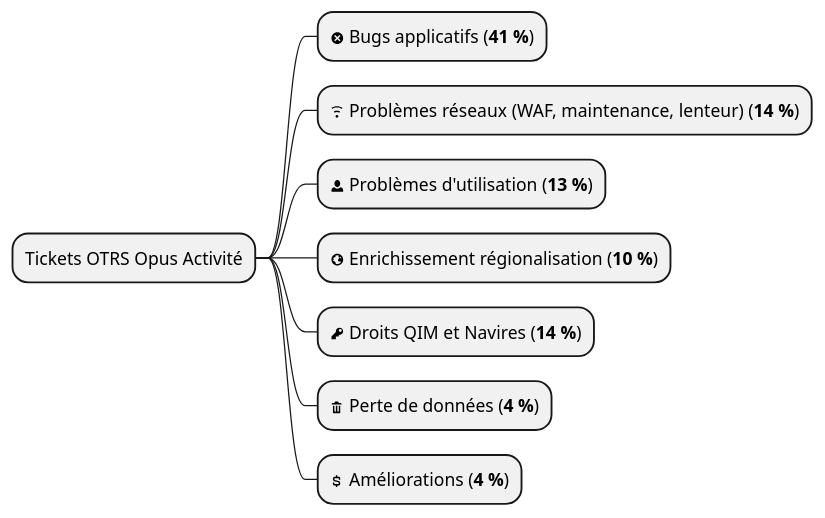
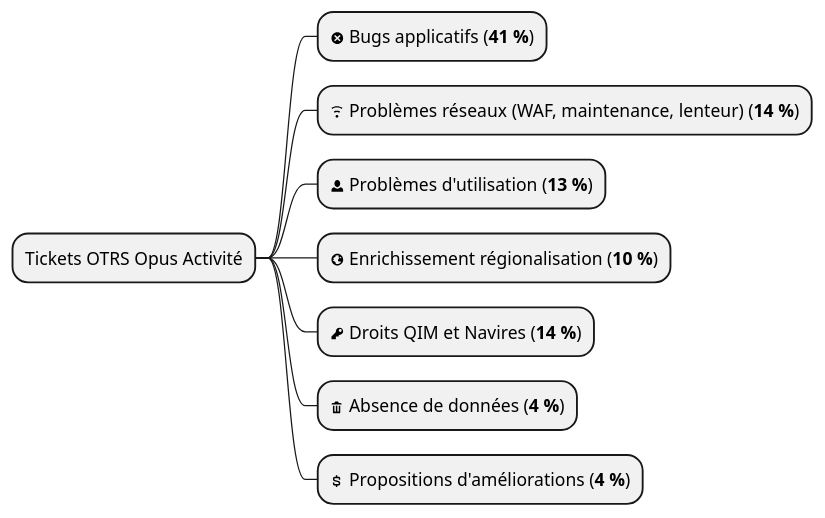
The diagram in projects/activity-calendar/not/images/otrs-tickets-repartition.puml (sumaris-net/sumaris-doc), drawn with PlantUML before and after one commit. The commit also changed 3 other files, not shown here.

```diff
--- a/projects/activity-calendar/not/images/otrs-tickets-repartition.puml
+++ b/projects/activity-calendar/not/images/otrs-tickets-repartition.puml
@@ -1,10 +1,10 @@
 @startmindmap
 * Tickets OTRS Opus Activité
 ** <&circle-x> Bugs applicatifs (**41 %**)
 ** <&wifi> Problèmes réseaux (WAF, maintenance, lenteur) (**14 %**)
 ** <&person> Problèmes d'utilisation (**13 %**)
 ** <&globe> Enrichissement régionalisation (**10 %**)
 ** <&key> Droits QIM et Navires (**14 %**)
-** <&trash> Perte de données (**4 %**)
-** <&dollar> Améliorations (**4 %**)
+** <&trash> Absence de données (**4 %**)
+** <&dollar> Propositions d'améliorations (**4 %**)
 @endmindmap
```
